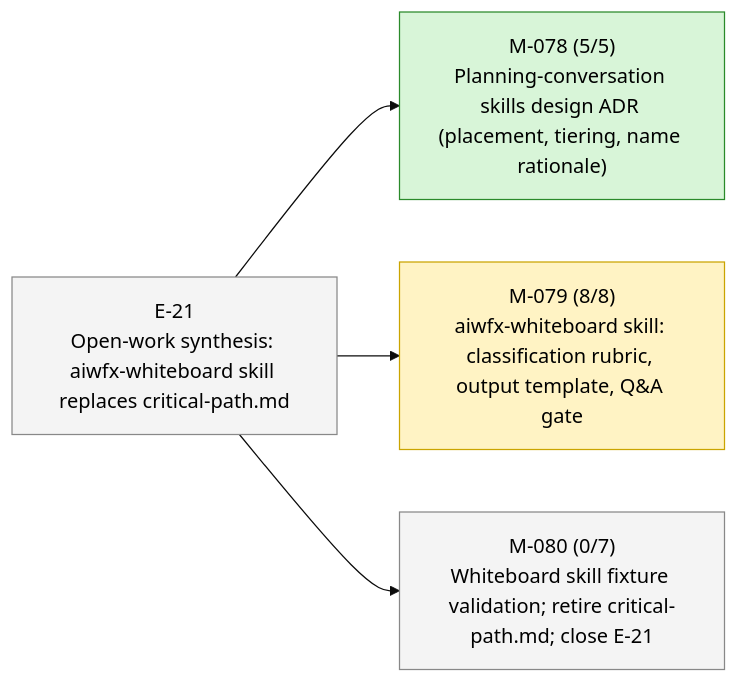
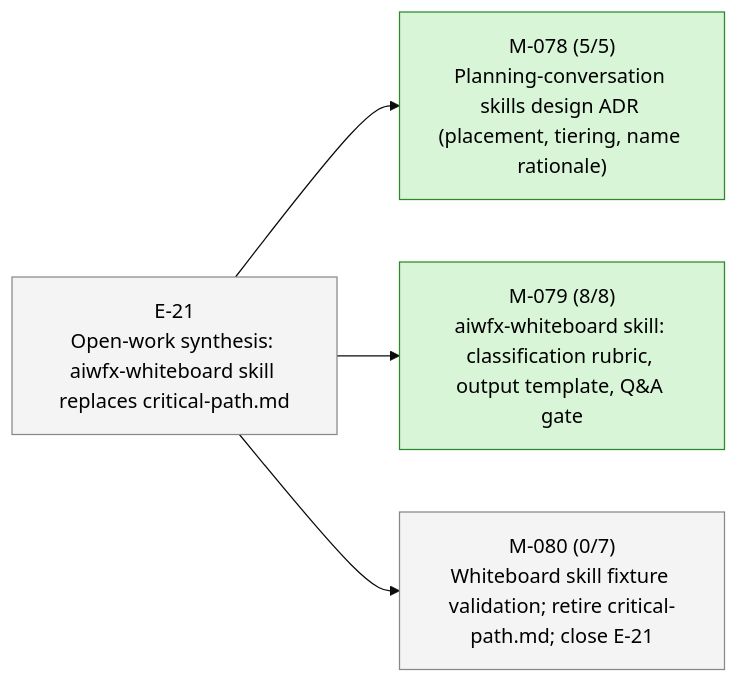
Before and after one commit to 23min/aiwf: the second of 2 diagrams in STATUS.md, drawn with Mermaid (base theme). The commit also changed other lines of this file and 1 other file, not shown here.

First line of the commit message:
aiwf promote M-079 in_progress -> done

````diff
--- a/STATUS.md
+++ b/STATUS.md
@@ -47,16 +47,16 @@
 ```mermaid
 flowchart LR
   E_21["E-21<br/>Open-work synthesis: aiwfx-whiteboard skill replaces critical-path.md"]:::epic_proposed
   M_078["M-078 (5/5)<br/>Planning-conversation skills design ADR (placement, tiering, name rationale)"]:::ms_done
   E_21 --> M_078
-  M_079["M-079 (8/8)<br/>aiwfx-whiteboard skill: classification rubric, output template, Q&A gate"]:::ms_in_progress
+  M_079["M-079 (8/8)<br/>aiwfx-whiteboard skill: classification rubric, output template, Q&A gate"]:::ms_done
   E_21 --> M_079
   M_080["M-080 (0/7)<br/>Whiteboard skill fixture validation; retire critical-path.md; close E-21"]:::ms_draft
   E_21 --> M_080
   classDef epic_active fill:#d6eaff,stroke:#1a73e8,color:#000
   classDef epic_proposed fill:#f4f4f4,stroke:#888,color:#000
   classDef ms_done fill:#d8f5d8,stroke:#2a8a2a,color:#000
   classDef ms_in_progress fill:#fff3c4,stroke:#caa400,color:#000
   classDef ms_draft fill:#f4f4f4,stroke:#888,color:#000
   classDef ms_cancelled fill:#fbeaea,stroke:#c33,color:#000
 ```
````
